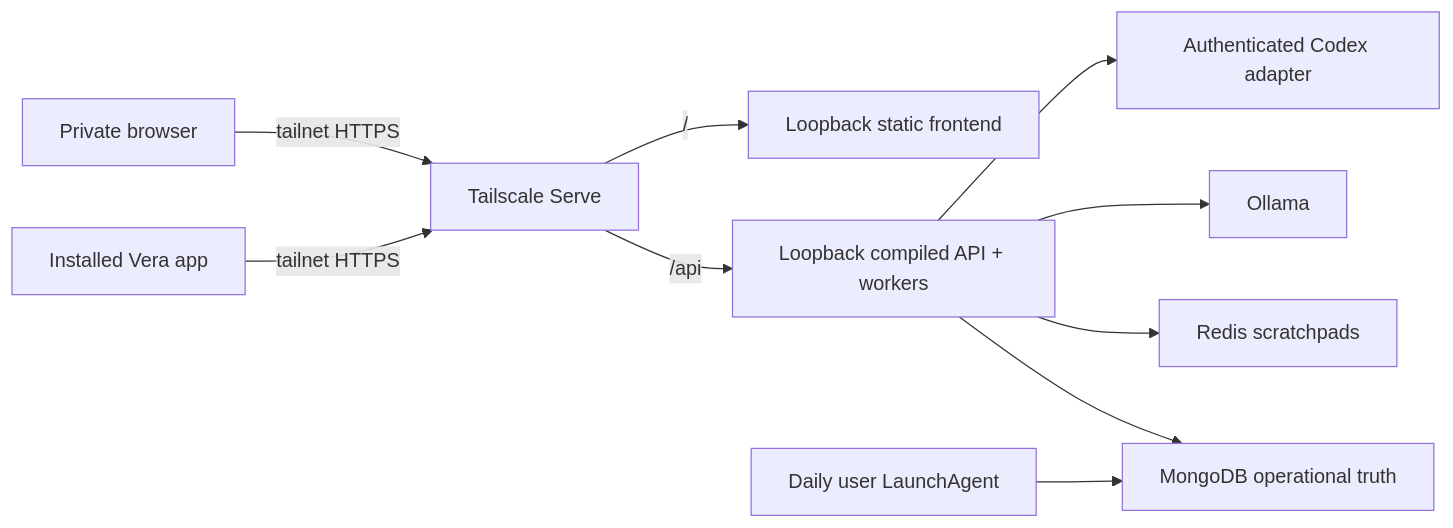
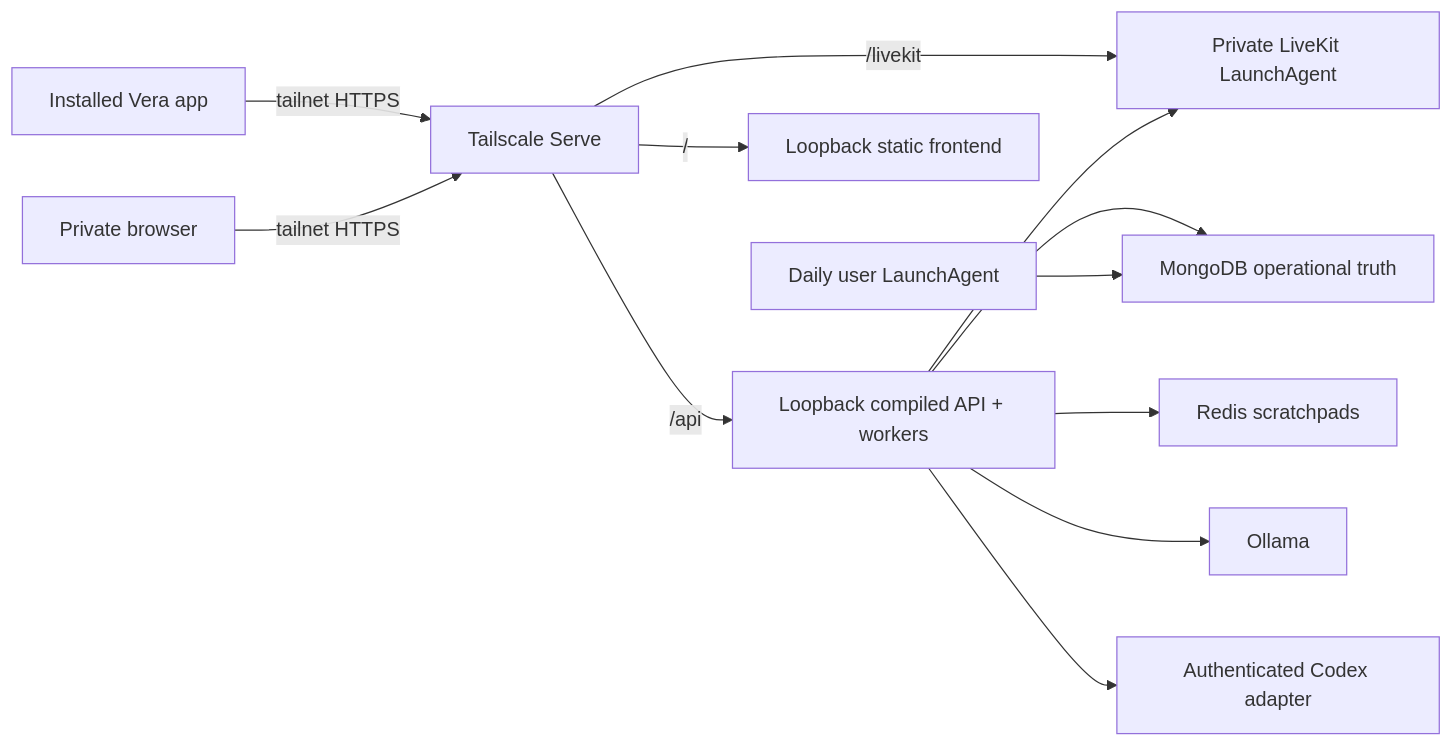
Before and after one commit to 4romgod/vera: the diagram in docs/decisions/0040-install-vera-as-a-user-scoped-mac-mini-service.md, drawn with Mermaid. The commit also changed other lines of this file and 62 other files, not shown here.

````diff
--- a/docs/decisions/0040-install-vera-as-a-user-scoped-mac-mini-service.md
+++ b/docs/decisions/0040-install-vera-as-a-user-scoped-mac-mini-service.md
@@ -58,12 +63,14 @@
 ```mermaid
 flowchart LR
     PHONE["Installed Vera app"] -->|"tailnet HTTPS"| TS["Tailscale Serve"]
     WEB["Private browser"] -->|"tailnet HTTPS"| TS
     TS -->|"/api"| API["Loopback compiled API + workers"]
     TS -->|"/"| UI["Loopback static frontend"]
+    TS -->|"/livekit"| LK["Private LiveKit LaunchAgent"]
+    API --> LK
     API --> MONGO["MongoDB operational truth"]
     API --> REDIS["Redis scratchpads"]
     API --> OLLAMA["Ollama"]
     API --> CODEX["Authenticated Codex adapter"]
     BACKUP["Daily user LaunchAgent"] --> MONGO
 ```
````
